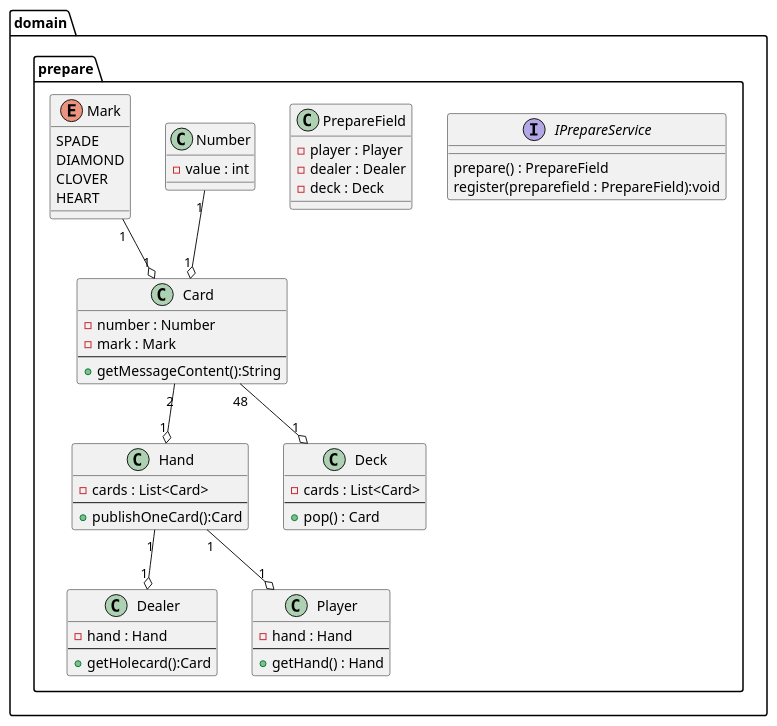
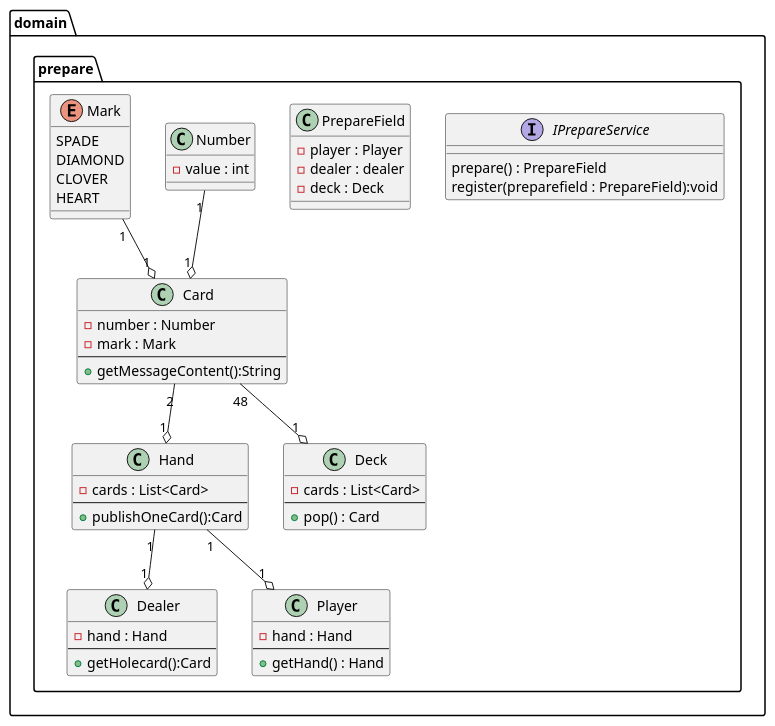
One commit to KazukiOtomo/sample changed the diagram in lecture/src/uml/prepare-class.puml. Above: the diagram before and after it, drawn with PlantUML. The commit also changed 14 other files, not shown here.

```diff
--- a/lecture/src/uml/prepare-class.puml
+++ b/lecture/src/uml/prepare-class.puml
@@ -1,70 +1,70 @@
 @startuml
 'https://plantuml.com/sequence-diagram
 
 skinparam defaultFontName Cica
 
 package domain.prepare {
 
     interface IPrepareService{
         prepare() : PrepareField
         register(preparefield : PrepareField):void
     }
 
     class PrepareField {
         -player : Player
-        -dealer : Dealer
+        -dealer : dealer
         -deck : Deck
     }
 
     class Dealer {
         -hand : Hand
         --
         +getHolecard():Card
     }
 
     class Player {
         -hand : Hand
         --
         +getHand() : Hand
     }
 
     class Hand {
         -cards : List<Card>
         --
         +publishOneCard():Card
     }
 
     class Card {
         -number : Number
         -mark : Mark
         --
         +getMessageContent():String
     }
 
     Hand "1" --o "1" Player
     Hand "1" --o "1" Dealer
     Card "2" --o "1" Hand
 
     class Number {
         -value : int
     }
 
     enum Mark {
         SPADE
         DIAMOND
         CLOVER
         HEART
     }
 
     Mark "1" --o "1" Card
     Number "1" --o "1" Card
 
     class Deck {
         -cards : List<Card>
         --
         +pop() : Card
     }
 
     Card "48" --o "1" Deck
 }
 @enduml
```
